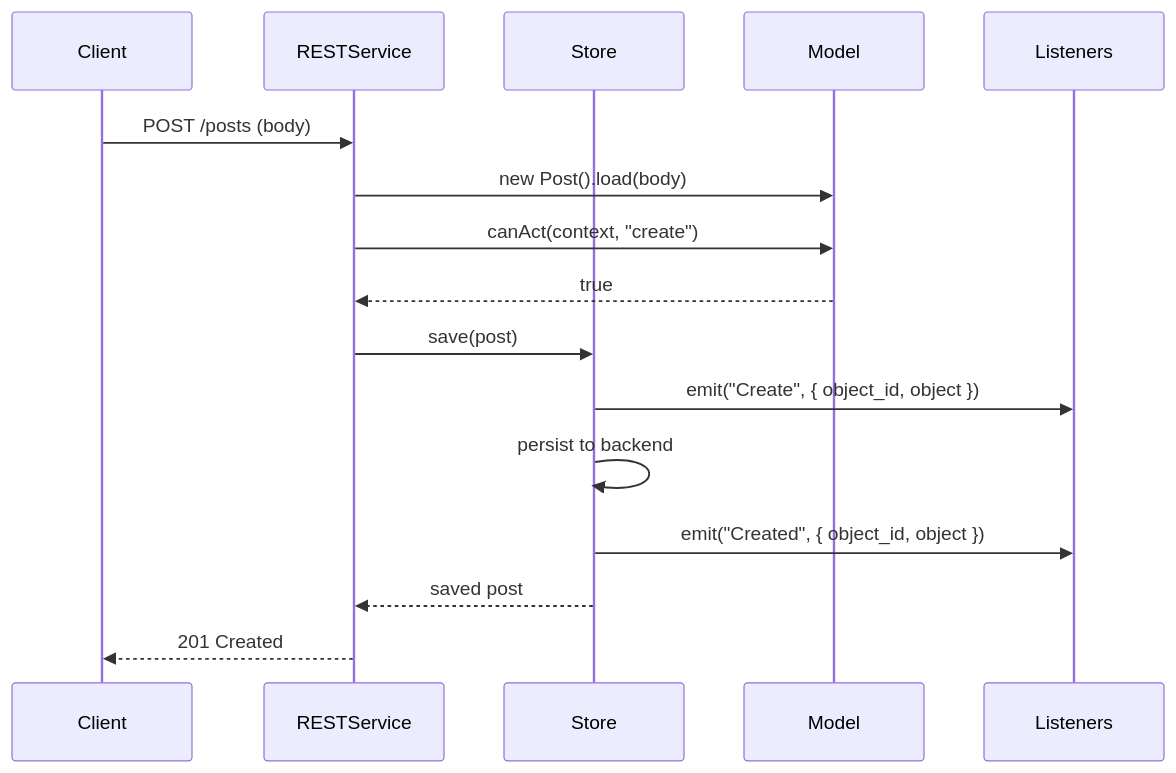
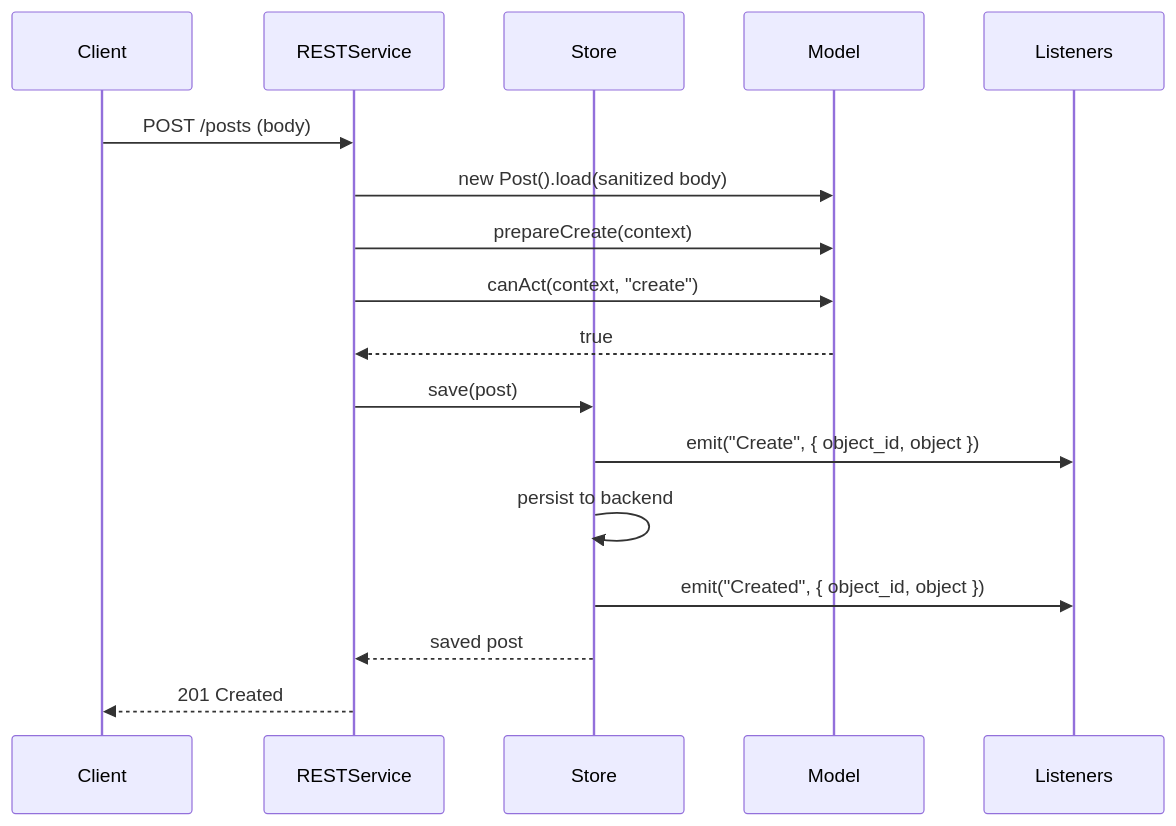
The diagram in docs/pages/Modules/models/Lifecycle.md (loopingz/webda.io), drawn with Mermaid before and after one commit. The commit also changed other lines of this file and 2 other files, not shown here.

Commit message:
docs(models): describe where and how model permissions are enforced

````diff
--- a/docs/pages/Modules/models/Lifecycle.md
+++ b/docs/pages/Modules/models/Lifecycle.md
@@ -171,19 +172,20 @@
 ```mermaid
 sequenceDiagram
     participant Client
     participant RESTService
     participant Store
     participant Model
     participant Listeners
 
     Client->>RESTService: POST /posts (body)
-    RESTService->>Model: new Post().load(body)
+    RESTService->>Model: new Post().load(sanitized body)
+    RESTService->>Model: prepareCreate(context)
     RESTService->>Model: canAct(context, "create")
     Model-->>RESTService: true
     RESTService->>Store: save(post)
     Store->>Listeners: emit("Create", { object_id, object })
     Store->>Store: persist to backend
     Store->>Listeners: emit("Created", { object_id, object })
     Store-->>RESTService: saved post
     RESTService-->>Client: 201 Created
 ```
````
